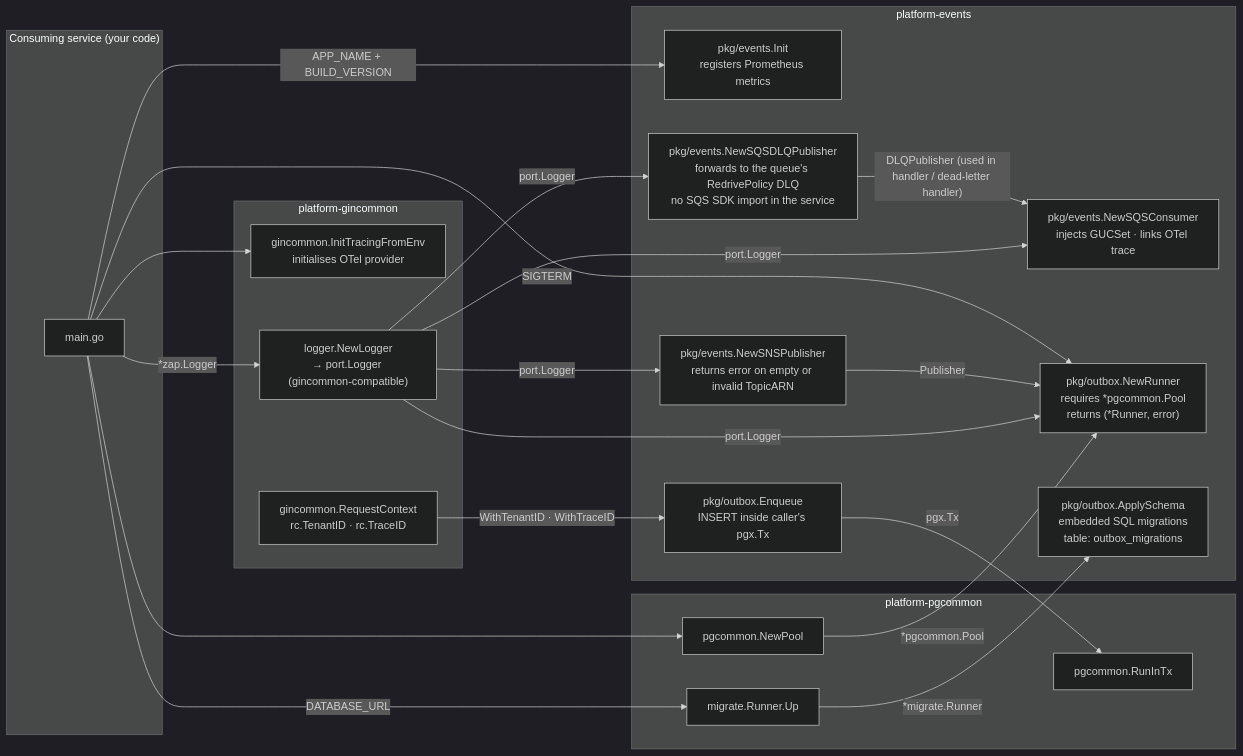
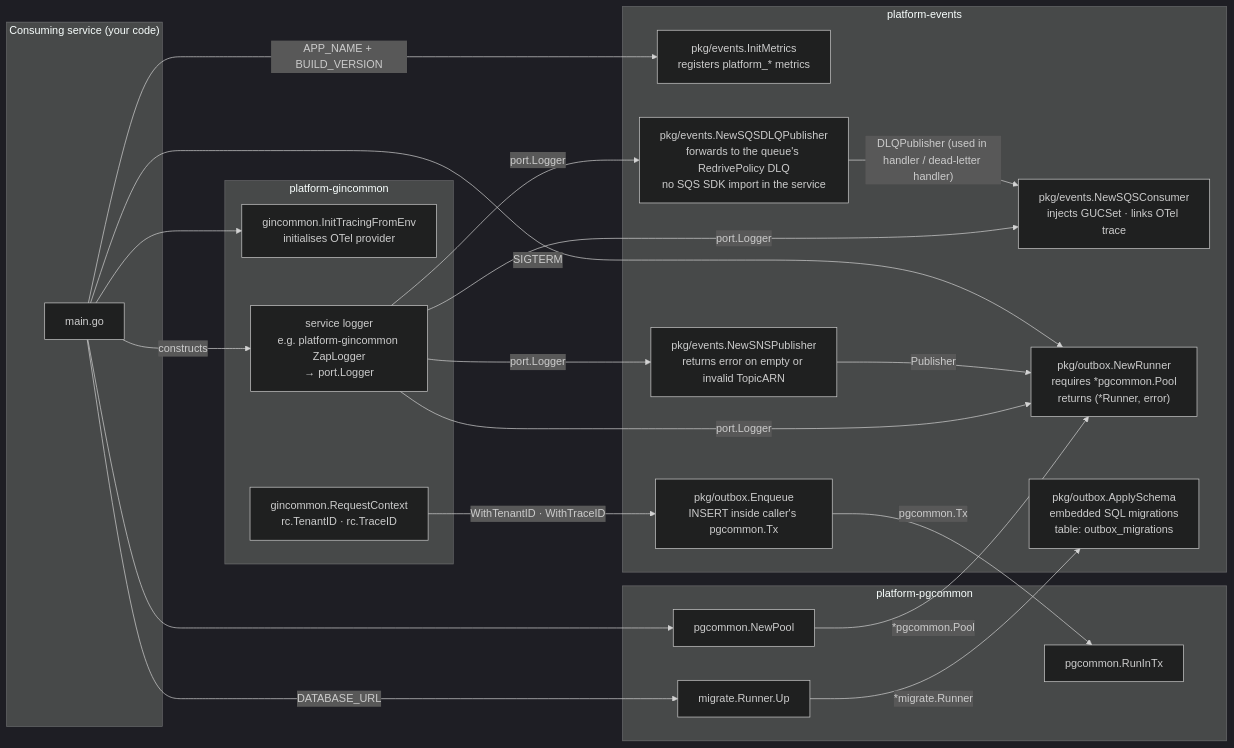
Before and after one commit to BCBP-SOLUTIONS-FZC-LLC/platform-events: the diagram in docs/architecture/mermaid/consuming-service-wiring.mmd, drawn with Mermaid (dark theme). The commit also changed 153 other files, not shown here.

First line of the commit message:
feat: Observability Standard, outbox/consumer hardening, platform-pgcommon v1.4.3 (#12)

```diff
--- a/docs/architecture/mermaid/consuming-service-wiring.mmd
+++ b/docs/architecture/mermaid/consuming-service-wiring.mmd
@@ -1,43 +1,43 @@
 graph LR
     subgraph service["Consuming service (your code)"]
         main["main.go"]
     end
 
     subgraph events_lib["platform-events"]
-        metrics_init["pkg/events.Init\nregisters Prometheus metrics"]
+        metrics_init["pkg/events.InitMetrics\nregisters platform_* metrics"]
         sns_new["pkg/events.NewSNSPublisher\nreturns error on empty or invalid TopicARN"]
         sqs_new["pkg/events.NewSQSConsumer\ninjects GUCSet · links OTel trace"]
         dlq_new["pkg/events.NewSQSDLQPublisher\nforwards to the queue's RedrivePolicy DLQ\nno SQS SDK import in the service"]
         outbox_new["pkg/outbox.NewRunner\nrequires *pgcommon.Pool\nreturns (*Runner, error)"]
         apply_schema["pkg/outbox.ApplySchema\nembedded SQL migrations\ntable: outbox_migrations"]
-        enqueue["pkg/outbox.Enqueue\nINSERT inside caller's pgx.Tx"]
+        enqueue["pkg/outbox.Enqueue\nINSERT inside caller's pgcommon.Tx"]
     end
 
     subgraph pgcommon_lib["platform-pgcommon"]
         pool_new["pgcommon.NewPool"]
         run_in_tx["pgcommon.RunInTx"]
         mig_run["migrate.Runner.Up"]
     end
 
     subgraph gincommon_lib["platform-gincommon"]
         otel_init["gincommon.InitTracingFromEnv\ninitialises OTel provider"]
-        zap_logger["logger.NewLogger\n→ port.Logger (gincommon-compatible)"]
+        zap_logger["service logger\ne.g. platform-gincommon ZapLogger\n→ port.Logger"]
         req_ctx["gincommon.RequestContext\nrc.TenantID · rc.TraceID"]
     end
 
     main -->|"APP_NAME + BUILD_VERSION"| metrics_init
     main --> otel_init
-    main -->|"*zap.Logger"| zap_logger
+    main -->|"constructs"| zap_logger
     zap_logger -->|"port.Logger"| sns_new
     zap_logger -->|"port.Logger"| sqs_new
     zap_logger -->|"port.Logger"| outbox_new
     zap_logger -->|"port.Logger"| dlq_new
     dlq_new -->|"DLQPublisher (used in handler / dead-letter handler)"| sqs_new
     main --> pool_new
     pool_new -->|"*pgcommon.Pool"| outbox_new
     main -->|"DATABASE_URL"| mig_run
     mig_run -->|"*migrate.Runner"| apply_schema
     sns_new -->|"Publisher"| outbox_new
     main -->|"SIGTERM"| outbox_new
     req_ctx -->|"WithTenantID · WithTraceID"| enqueue
-    enqueue -->|"pgx.Tx"| run_in_tx
+    enqueue -->|"pgcommon.Tx"| run_in_tx
```
